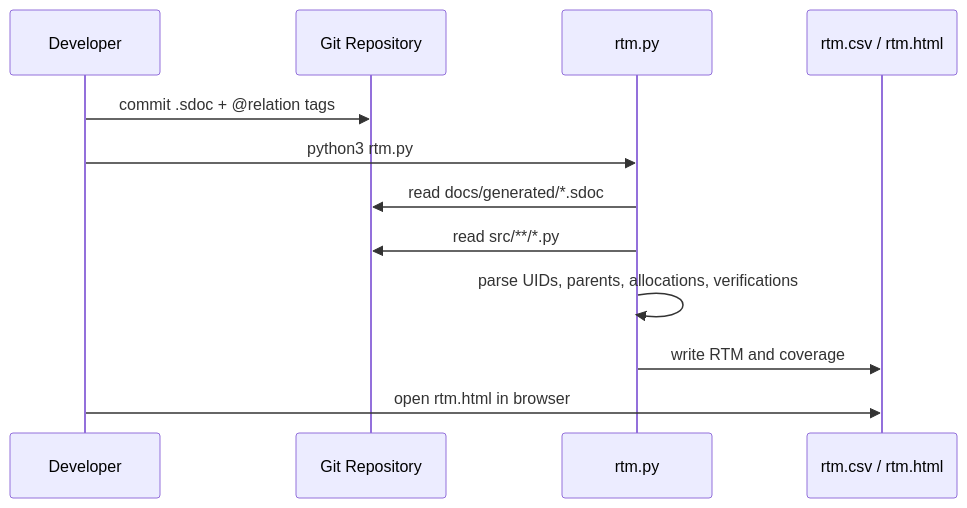
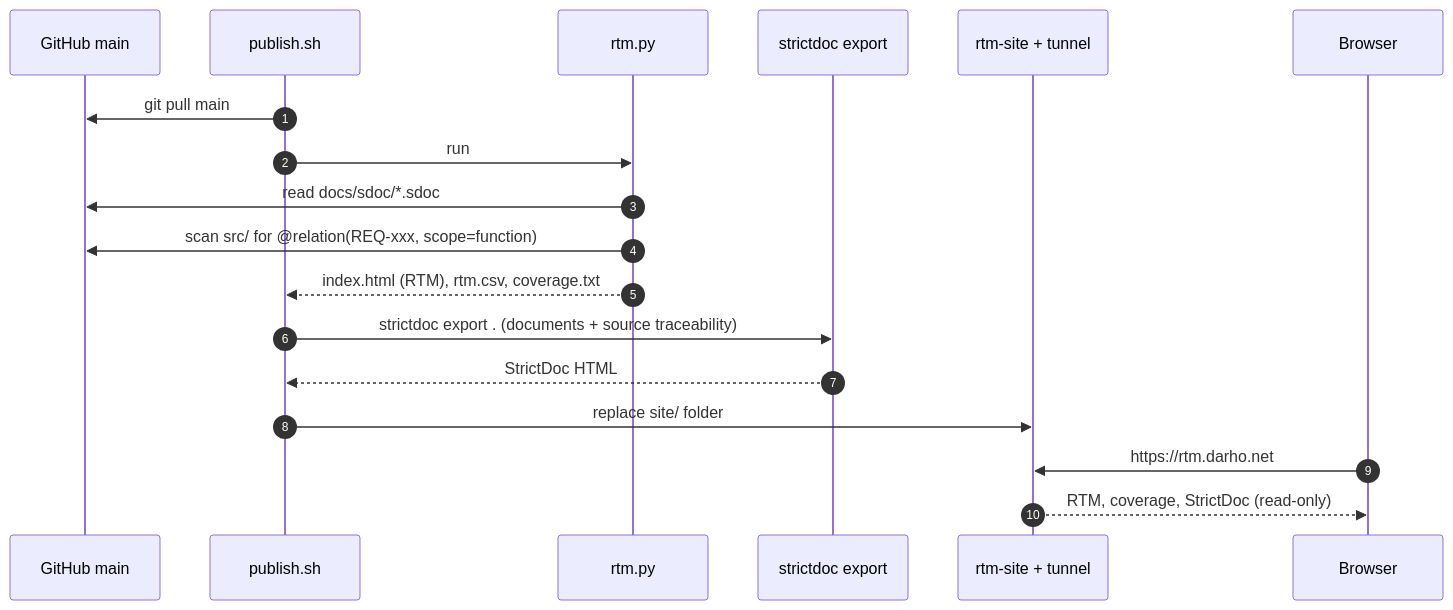
One commit to aline-001/requirements-pipeline changed the fifth of 6 diagrams in SUBMISSION.md. Above: the diagram before and after it, drawn with Mermaid. The commit also changed other lines of this file, not shown here.

Commit message:
Update submission: StrictDoc, RTM site, new sync

````diff
--- a/SUBMISSION.md
+++ b/SUBMISSION.md
@@ -297,15 +714,21 @@
 ```mermaid
 sequenceDiagram
-    participant Dev as Developer
-    participant Repo as Git Repository
-    participant Script as rtm.py
-    participant Out as rtm.csv / rtm.html
-    Dev->>Repo: commit .sdoc + @relation tags
-    Dev->>Script: python3 rtm.py
-    Script->>Repo: read docs/generated/*.sdoc
-    Script->>Repo: read src/**/*.py
-    Script->>Script: parse UIDs, parents, allocations, verifications
-    Script->>Out: write RTM and coverage
-    Dev->>Out: open rtm.html in browser
+    autonumber
+    participant Git as GitHub main
+    participant Pub as publish.sh
+    participant RTM as rtm.py
+    participant SD as strictdoc export
+    participant Web as rtm-site + tunnel
+    participant User as Browser
 
+    Pub->>Git: git pull main
+    Pub->>RTM: run
+    RTM->>Git: read docs/sdoc/*.sdoc
+    RTM->>Git: scan src/ for @relation(REQ-xxx, scope=function)
+    RTM-->>Pub: index.html (RTM), rtm.csv, coverage.txt
+    Pub->>SD: strictdoc export . (documents + source traceability)
+    SD-->>Pub: StrictDoc HTML
+    Pub->>Web: replace site/ folder
+    User->>Web: https://rtm.darho.net
+    Web-->>User: RTM, coverage, StrictDoc (read-only)
 ```
````
